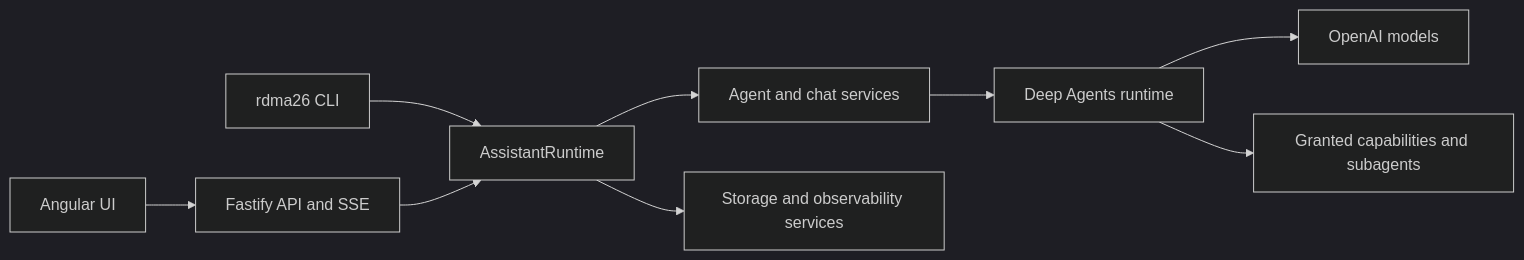
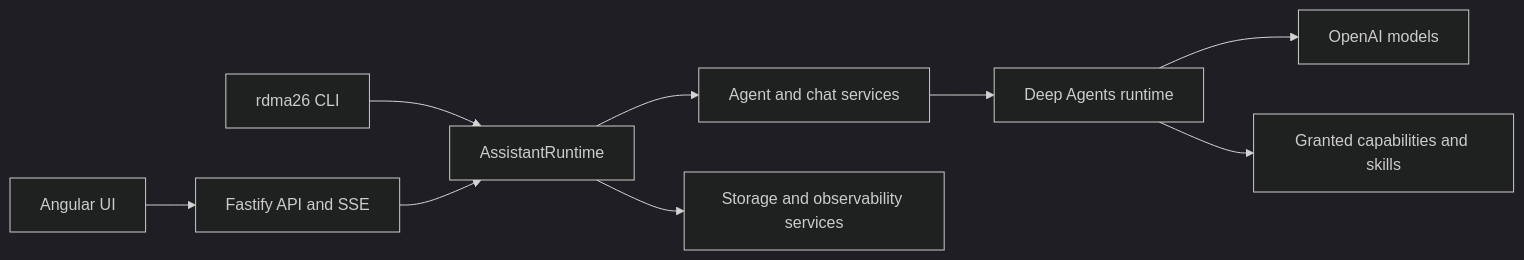
The first of 2 diagrams in docs/architecture.md (derrodo61/rdma26), drawn with Mermaid (dark theme) before and after one commit. The commit also changed other lines of this file and 50 other files, not shown here.

````diff
--- a/docs/architecture.md
+++ b/docs/architecture.md
@@ -12,11 +12,11 @@
 ```mermaid
 flowchart LR
     UI["Angular UI"] --> HTTP["Fastify API and SSE"]
     CLI["rdma26 CLI"] --> RT["AssistantRuntime"]
     HTTP --> RT
     RT --> AG["Agent and chat services"]
     RT --> DATA["Storage and observability services"]
     AG --> DA["Deep Agents runtime"]
     DA --> LLM["OpenAI models"]
-    DA --> CAP["Granted capabilities and subagents"]
+    DA --> CAP["Granted capabilities and skills"]
 ```
````
